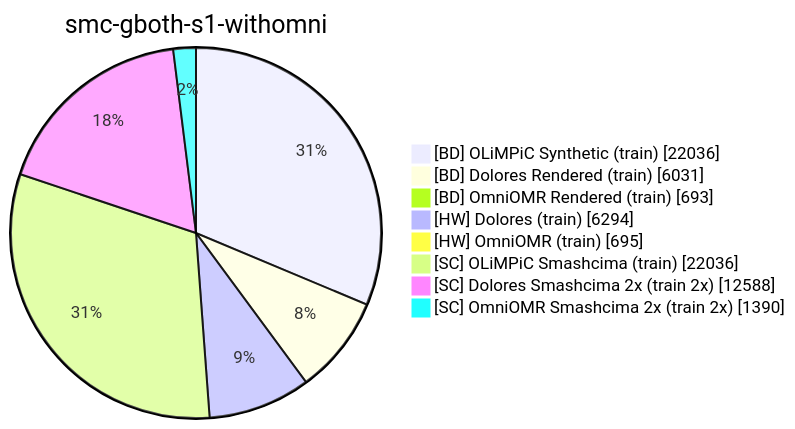
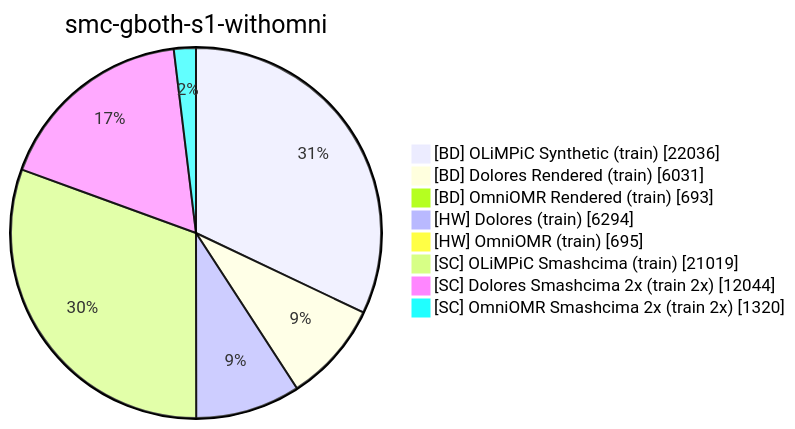
Before and after one commit to Jirka-Mayer/ijdar: the eighth of 11 diagrams in docs/smashcima.md, drawn with Mermaid. The commit also changed other lines of this file and 9 other files, not shown here.

````diff
--- a/docs/smashcima.md
+++ b/docs/smashcima.md
@@ -128,11 +185,11 @@
 ```mermaid
 pie showData title smc-gboth-s1-withomni
     "[BD] OLiMPiC Synthetic (train)" : 22036
     "[BD] Dolores Rendered (train)" : 6031
     "[BD] OmniOMR Rendered (train)" : 693
     "[HW] Dolores (train)" : 6294
     "[HW] OmniOMR (train)" : 695
-    "[SC] OLiMPiC Smashcima (train)" : 22036
-    "[SC] Dolores Smashcima 2x (train 2x)" : 12588
-    "[SC] OmniOMR Smashcima 2x (train 2x)" : 1390
+    "[SC] OLiMPiC Smashcima (train)" : 21019
+    "[SC] Dolores Smashcima 2x (train 2x)" : 12044
+    "[SC] OmniOMR Smashcima 2x (train 2x)" : 1320
 ```
````
